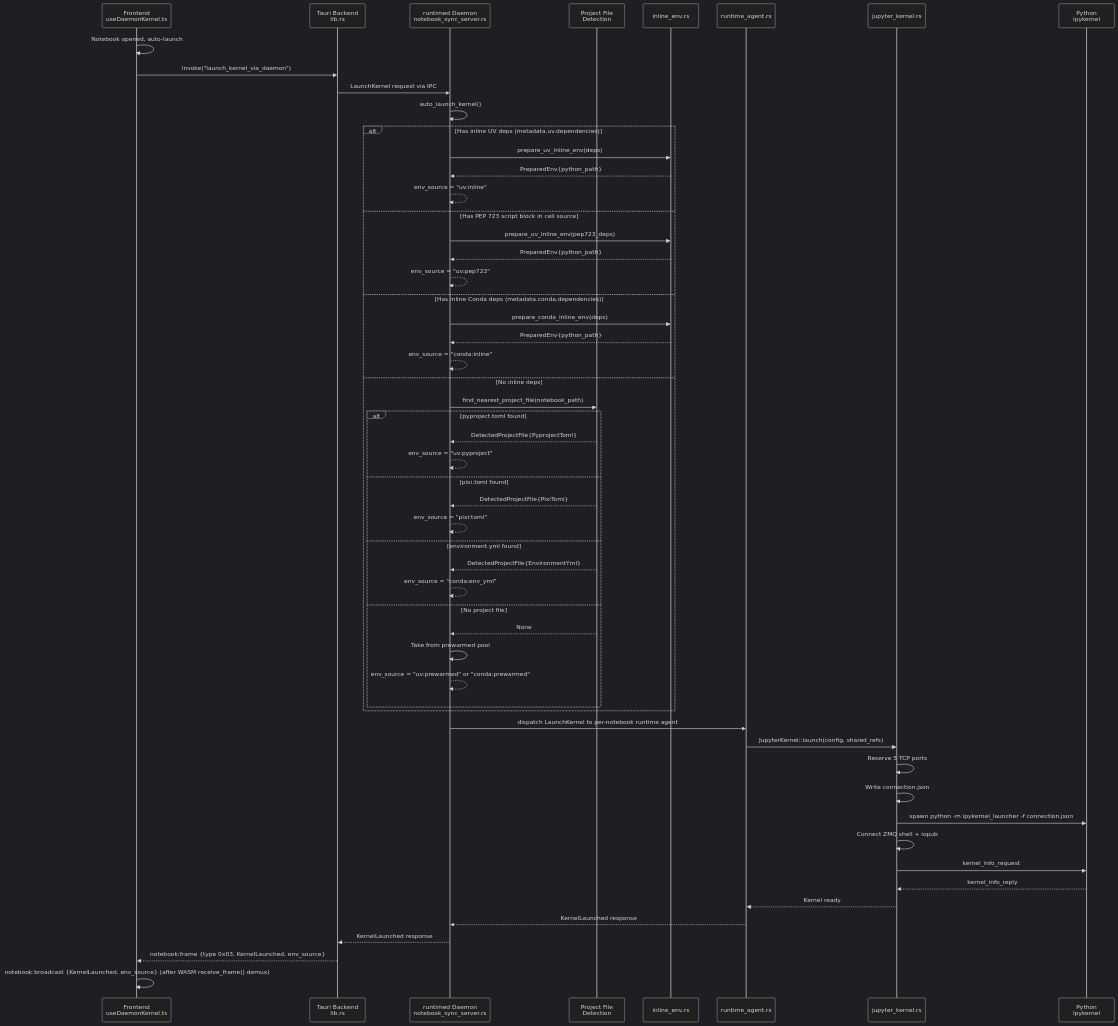
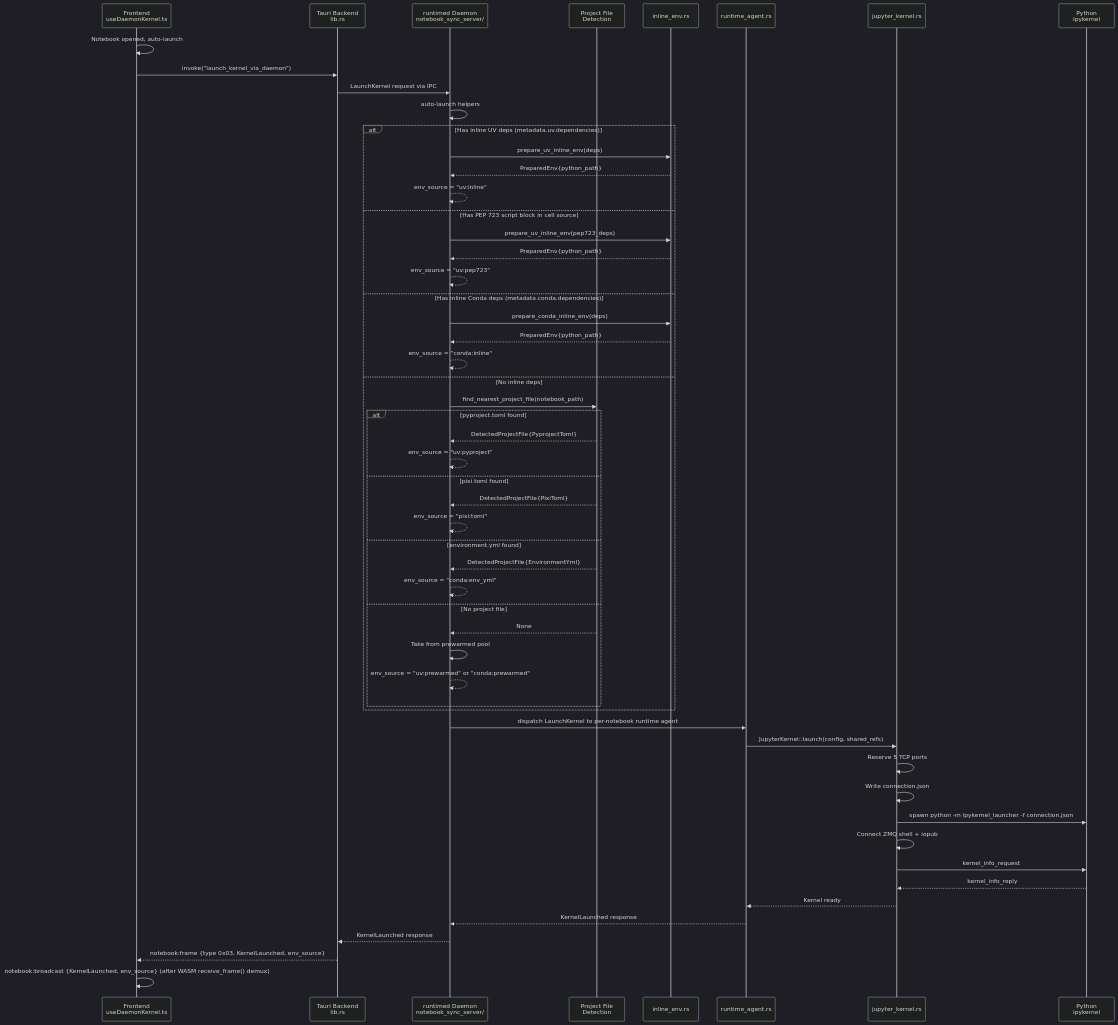
One commit to nteract/desktop changed the second of 3 diagrams in contributing/environments.md. Above: the diagram before and after it, drawn with Mermaid (dark theme). The commit also changed other lines of this file and 18 other files, not shown here.

Commit message:
docs: refresh runtime architecture guidance

````diff
--- a/contributing/environments.md
+++ b/contributing/environments.md
@@ -164,62 +164,62 @@
 ```mermaid
 sequenceDiagram
     participant FE as Frontend<br/>useDaemonKernel.ts
     participant TC as Tauri Backend<br/>lib.rs
-    participant DM as runtimed Daemon<br/>notebook_sync_server.rs
+    participant DM as runtimed Daemon<br/>notebook_sync_server/
     participant PF as Project File<br/>Detection
     participant IE as inline_env.rs
     participant RA as runtime_agent.rs
     participant JK as jupyter_kernel.rs
     participant PY as Python<br/>ipykernel
 
     FE->>FE: Notebook opened, auto-launch
     FE->>TC: invoke("launch_kernel_via_daemon")
     TC->>DM: LaunchKernel request via IPC
 
-    DM->>DM: auto_launch_kernel()
+    DM->>DM: auto-launch helpers
 
     alt Has inline UV deps (metadata.uv.dependencies)
         DM->>IE: prepare_uv_inline_env(deps)
         IE-->>DM: PreparedEnv{python_path}
         DM-->>DM: env_source = "uv:inline"
     else Has PEP 723 script block in cell source
         DM->>IE: prepare_uv_inline_env(pep723_deps)
         IE-->>DM: PreparedEnv{python_path}
         DM-->>DM: env_source = "uv:pep723"
     else Has inline Conda deps (metadata.conda.dependencies)
         DM->>IE: prepare_conda_inline_env(deps)
         IE-->>DM: PreparedEnv{python_path}
         DM-->>DM: env_source = "conda:inline"
     else No inline deps
         DM->>PF: find_nearest_project_file(notebook_path)
         alt pyproject.toml found
             PF-->>DM: DetectedProjectFile{PyprojectToml}
             DM-->>DM: env_source = "uv:pyproject"
         else pixi.toml found
             PF-->>DM: DetectedProjectFile{PixiToml}
             DM-->>DM: env_source = "pixi:toml"
         else environment.yml found
             PF-->>DM: DetectedProjectFile{EnvironmentYml}
             DM-->>DM: env_source = "conda:env_yml"
         else No project file
             PF-->>DM: None
             DM->>DM: Take from prewarmed pool
             DM-->>DM: env_source = "uv:prewarmed" or "conda:prewarmed"
         end
     end
 
     DM->>RA: dispatch LaunchKernel to per-notebook runtime agent
     RA->>JK: JupyterKernel::launch(config, shared_refs)
     JK->>JK: Reserve 5 TCP ports
     JK->>JK: Write connection.json
     JK->>PY: spawn python -m ipykernel_launcher -f connection.json
     JK->>JK: Connect ZMQ shell + iopub
     JK->>PY: kernel_info_request
     PY-->>JK: kernel_info_reply
     JK-->>RA: Kernel ready
     RA-->>DM: KernelLaunched response
 
     DM-->>TC: KernelLaunched response
     TC-->>FE: notebook:frame {type 0x03, KernelLaunched, env_source}
     FE->>FE: notebook:broadcast {KernelLaunched, env_source} (after WASM receive_frame() demux)
 ```
````
